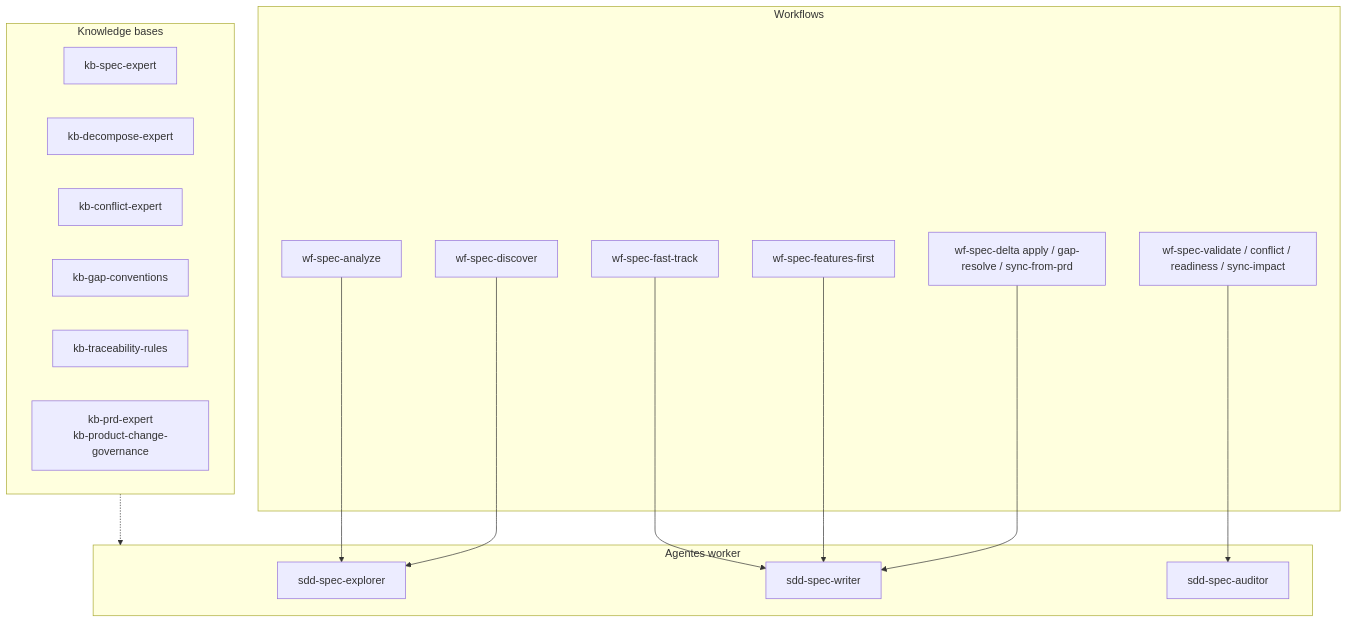
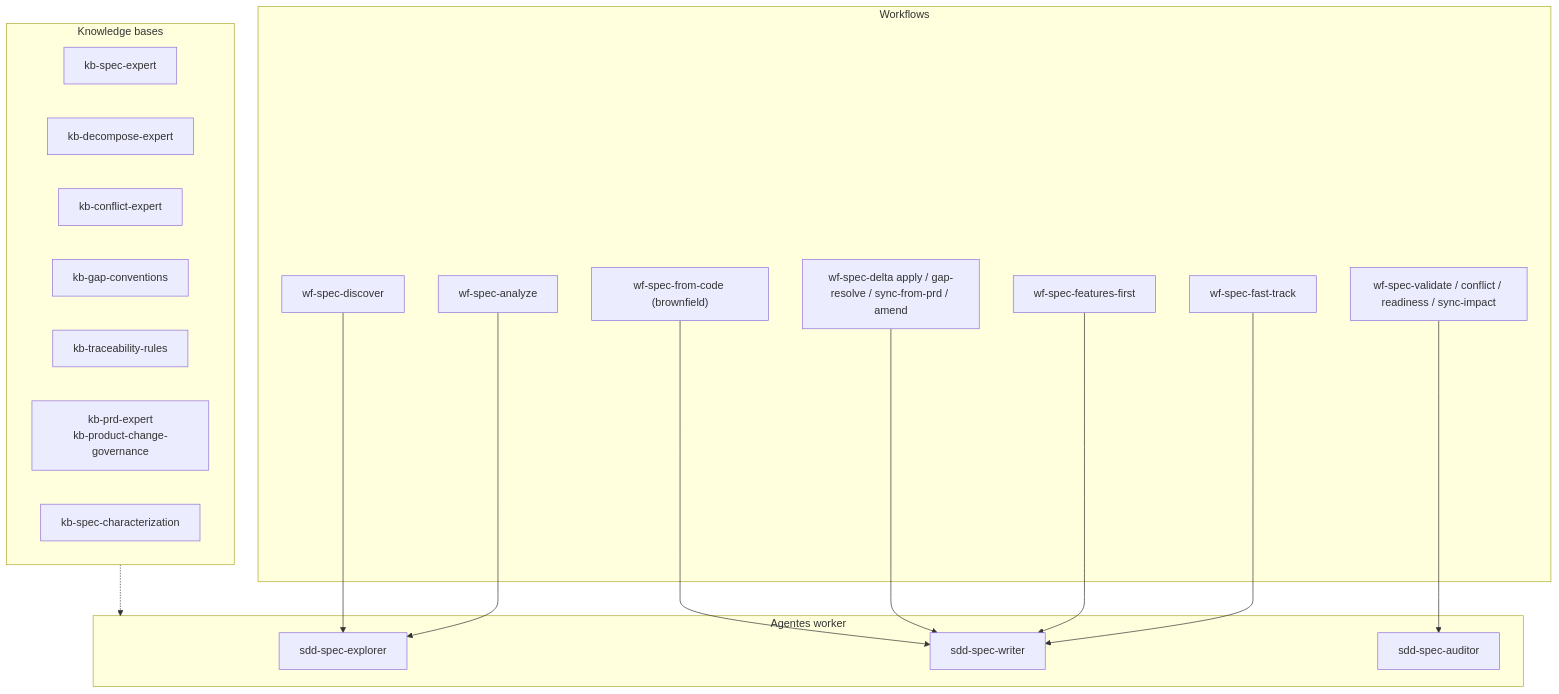
One commit to OspofeDeveloper/ai-dev-agents-lab changed the second of 4 diagrams in sdd/pipeline/spec/DIAGRAMS.md. Above: the diagram before and after it, drawn with Mermaid. The commit also changed 30 other files, not shown here.

````diff
--- a/sdd/pipeline/spec/DIAGRAMS.md
+++ b/sdd/pipeline/spec/DIAGRAMS.md
@@ -44,34 +44,37 @@
 ```mermaid
 flowchart TB
     subgraph L1["Workflows"]
         W1["wf-spec-analyze"]
         W2["wf-spec-discover"]
         W3["wf-spec-fast-track"]
         W4["wf-spec-features-first"]
-        W5["wf-spec-delta apply / gap-resolve / sync-from-prd"]
+        W5["wf-spec-delta apply / gap-resolve / sync-from-prd / amend"]
         W6["wf-spec-validate / conflict / readiness / sync-impact"]
+        W7["wf-spec-from-code (brownfield)"]
     end
 
     subgraph L2["Agentes worker"]
         A1["sdd-spec-explorer"]
         A3["sdd-spec-writer"]
         A4["sdd-spec-auditor"]
     end
 
     subgraph L3["Knowledge bases"]
         K1["kb-spec-expert"]
         K2["kb-decompose-expert"]
         K3["kb-conflict-expert"]
         K4["kb-gap-conventions"]
         K5["kb-traceability-rules"]
         K6["kb-prd-expert<br/>kb-product-change-governance"]
+        K7["kb-spec-characterization"]
     end
 
     W1 --> A1
     W2 --> A1
     W3 --> A3
     W4 --> A3
     W5 --> A3
     W6 --> A4
+    W7 --> A3
     L3 -.-> L2
 ```
````
